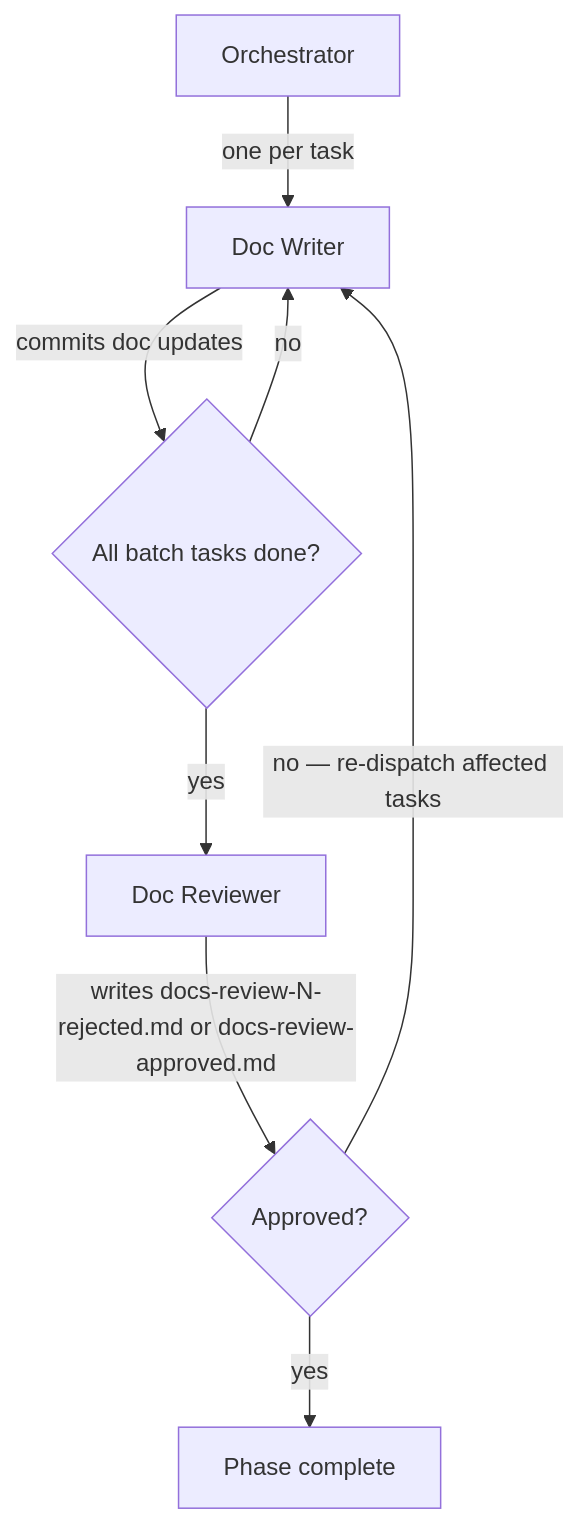
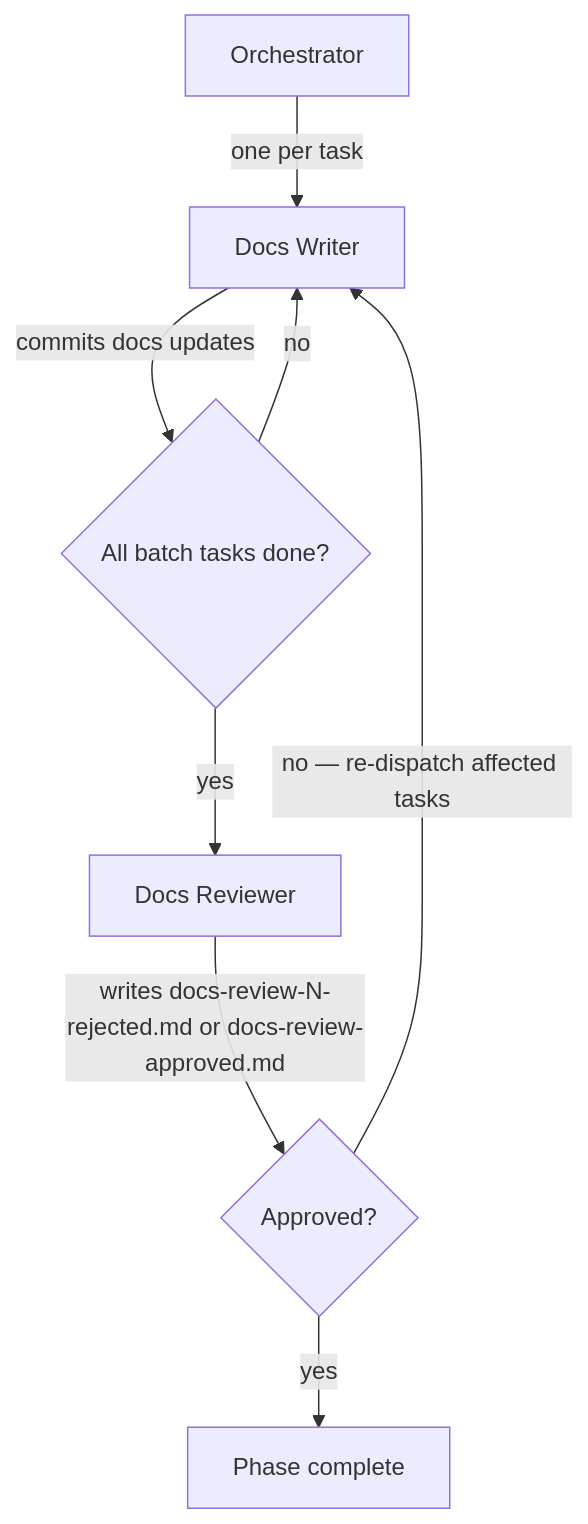
Before and after one commit to Automattic/radical-pipelines: the diagram in skills/radical-pipelines/reference/autonomous-phases/5 - docs.md, drawn with Mermaid. The commit also changed other lines of this file and 15 other files, not shown here.

````diff
--- a/skills/radical-pipelines/reference/autonomous-phases/5 - docs.md
+++ b/skills/radical-pipelines/reference/autonomous-phases/5 - docs.md
@@ -41,10 +41,10 @@
 ```mermaid
 flowchart TD
-    A[Orchestrator] -->|one per task| B[Doc Writer]
-    B -->|commits doc updates| C{All batch tasks done?}
+    A[Orchestrator] -->|one per task| B[Docs Writer]
+    B -->|commits docs updates| C{All batch tasks done?}
     C -->|no| B
-    C -->|yes| D[Doc Reviewer]
+    C -->|yes| D[Docs Reviewer]
     D -->|writes docs-review-N-rejected.md or docs-review-approved.md| E{Approved?}
     E -->|no — re-dispatch affected tasks| B
     E -->|yes| F[Phase complete]
 ```
````
